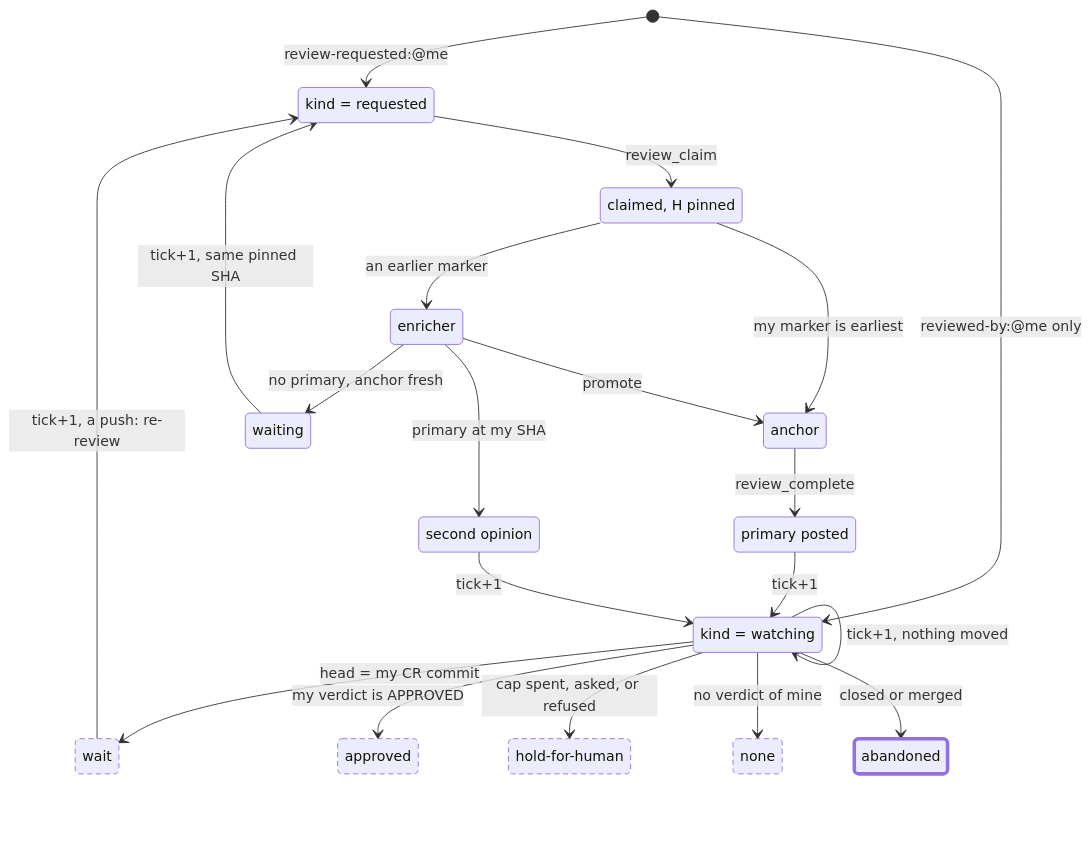
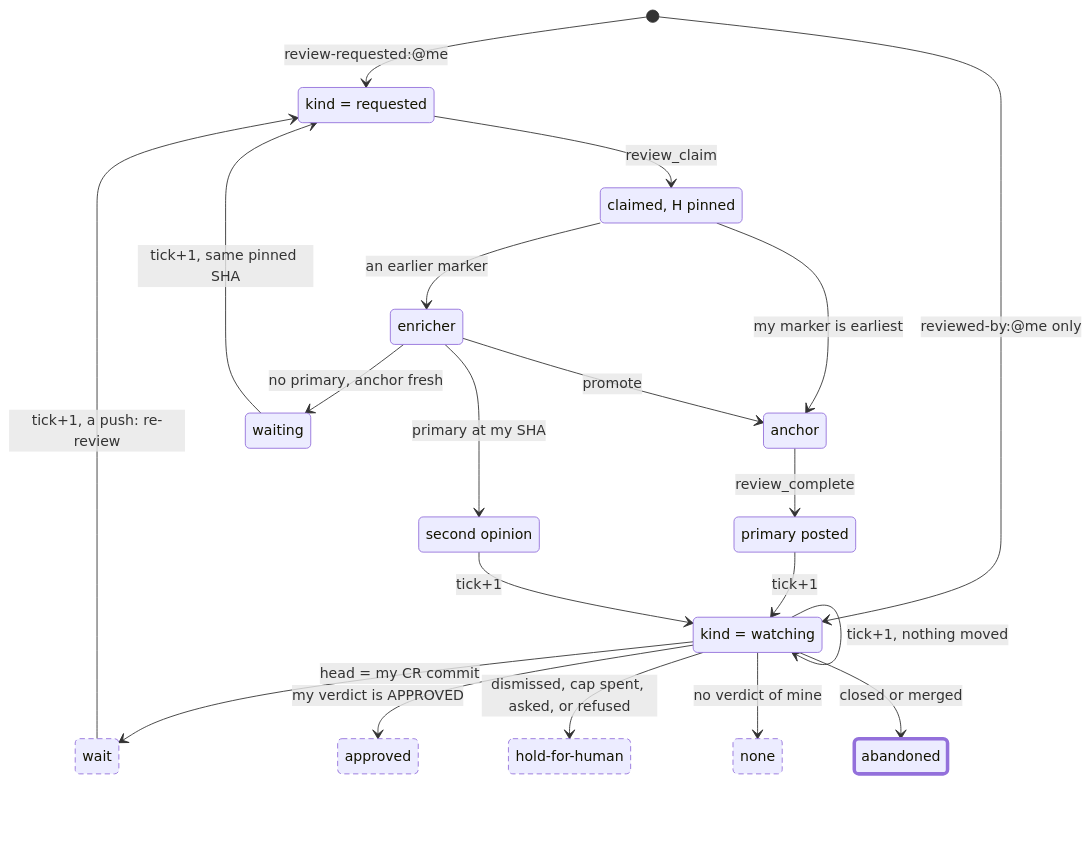
The second of 11 diagrams in docs/how-it-works.md (input-output-hk/agent-peer-review), drawn with Mermaid before and after one commit. The commit also changed other lines of this file and 10 other files, not shown here.

````diff
--- a/docs/how-it-works.md
+++ b/docs/how-it-works.md
@@ -115,43 +115,43 @@
 ```mermaid
 stateDiagram-v2
   direction TB
 
   state "kind = requested" as RQ
   state "claimed, H pinned" as CL
   state "anchor" as AN
   state "enricher" as EN
   state "primary posted" as PP
   state "second opinion" as SO
   state "waiting" as WA
   state "kind = watching" as WT
   state "wait" as WI
   state "approved" as AP
   state "hold-for-human" as HH
   state "none" as NO
   state "abandoned" as AB
 
   [*] --> RQ : review-requested:@me
   [*] --> WT : reviewed-by:@me only
   RQ --> CL : review_claim
   CL --> AN : my marker is earliest
   CL --> EN : an earlier marker
   AN --> PP : review_complete
   EN --> SO : primary at my SHA
   EN --> WA : no primary, anchor fresh
   EN --> AN : promote
   WA --> RQ : tick+1, same pinned SHA
   PP --> WT : tick+1
   SO --> WT : tick+1
   WT --> WI : head = my CR commit
   WT --> AP : my verdict is APPROVED
-  WT --> HH : cap spent, asked, or refused
+  WT --> HH : dismissed, cap spent, asked, or refused
   WT --> NO : no verdict of mine
   WT --> AB : closed or merged
   WT --> WT : tick+1, nothing moved
   WI --> RQ : tick+1, a push: re-review
 
   class AB terminal
   class HH,AP,NO,WI pending
   classDef terminal stroke-width:4px
   classDef pending stroke-dasharray: 6 4
 ```
````
